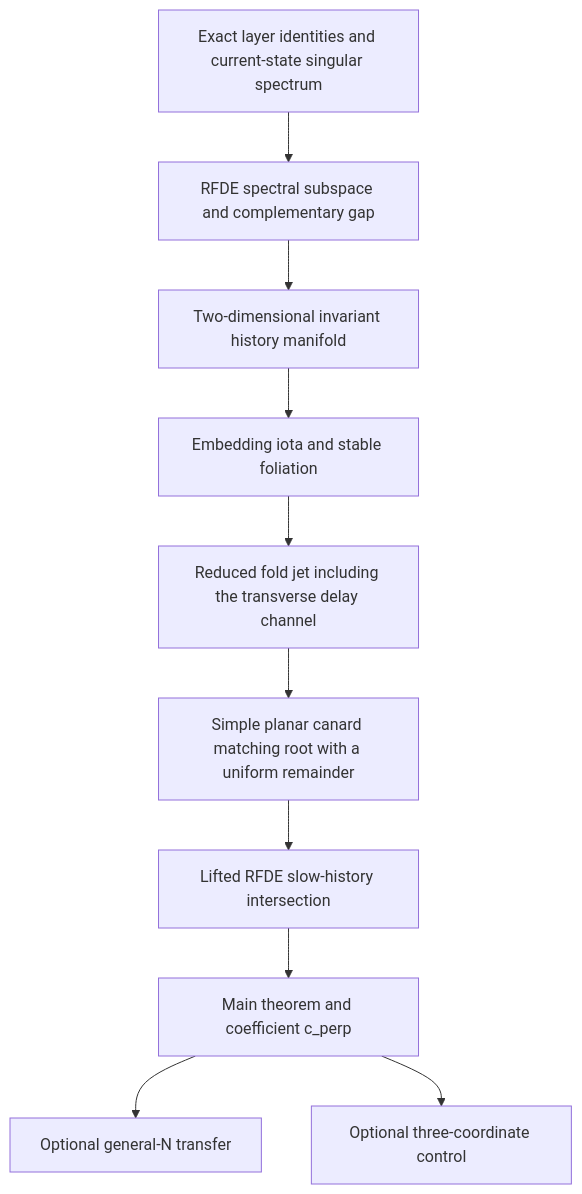
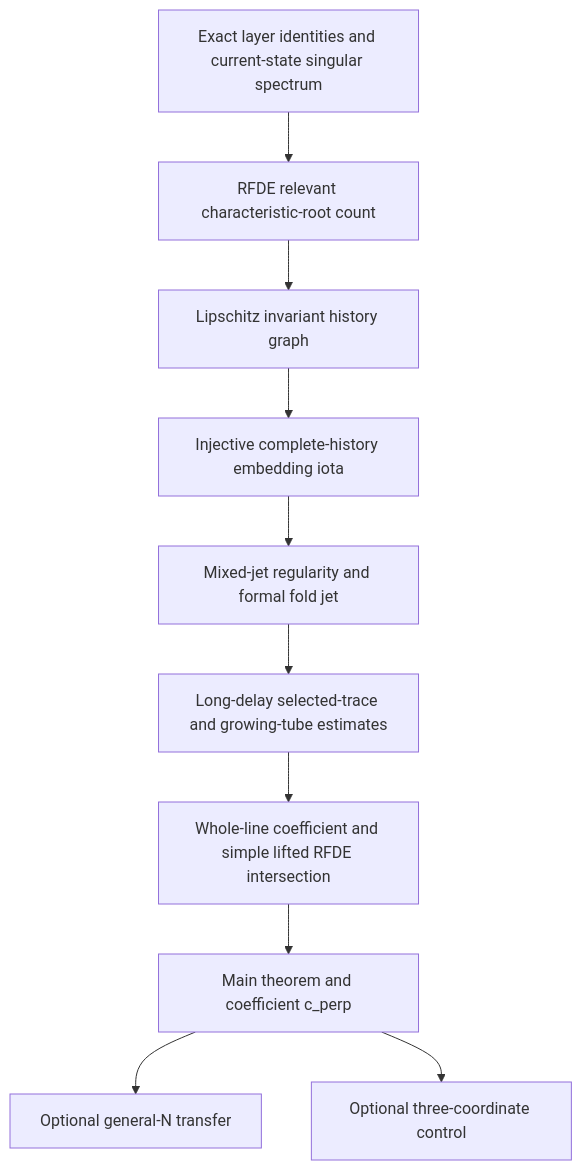
One commit to h-lu/canard-aware-network-control changed the diagram in docs/flagship-research-design.md. Above: the diagram before and after it, drawn with Mermaid. The commit also changed other lines of this file and 26 other files, not shown here.

Commit message:
Audit the two-module canard theorem core

````diff
--- a/docs/flagship-research-design.md
+++ b/docs/flagship-research-design.md
@@ -295,12 +324,12 @@
 ```mermaid
 flowchart TD
-    A["Exact layer identities and current-state singular spectrum"] --> B["RFDE spectral subspace and complementary gap"]
-    B --> C["Two-dimensional invariant history manifold"]
-    C --> D["Embedding iota and stable foliation"]
-    D --> E["Reduced fold jet including the transverse delay channel"]
-    E --> F["Simple planar canard matching root with a uniform remainder"]
-    F --> G["Lifted RFDE slow-history intersection"]
+    A["Exact layer identities and current-state singular spectrum"] --> B["RFDE relevant characteristic-root count"]
+    B --> C["Lipschitz invariant history graph"]
+    C --> D["Injective complete-history embedding iota"]
+    D --> E["Mixed-jet regularity and formal fold jet"]
+    E --> F["Long-delay selected-trace and growing-tube estimates"]
+    F --> G["Whole-line coefficient and simple lifted RFDE intersection"]
     G --> H["Main theorem and coefficient c_perp"]
     H --> I["Optional general-N transfer"]
     H --> J["Optional three-coordinate control"]
 ```
````
